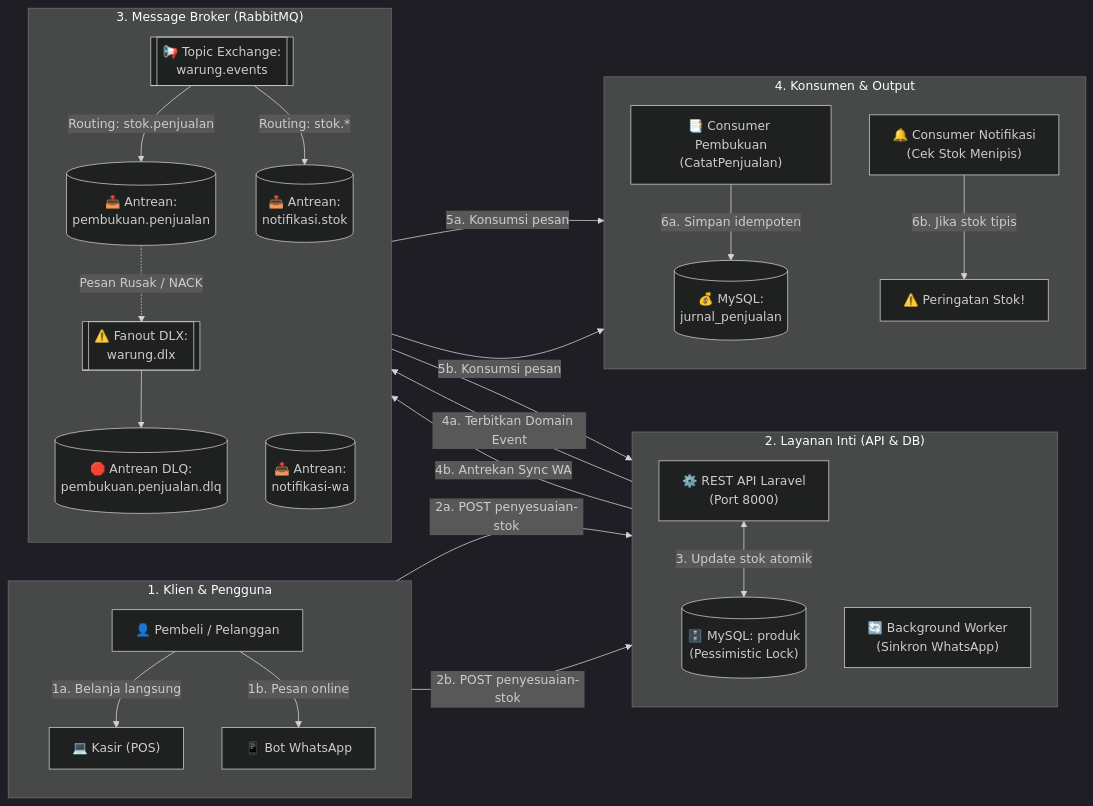
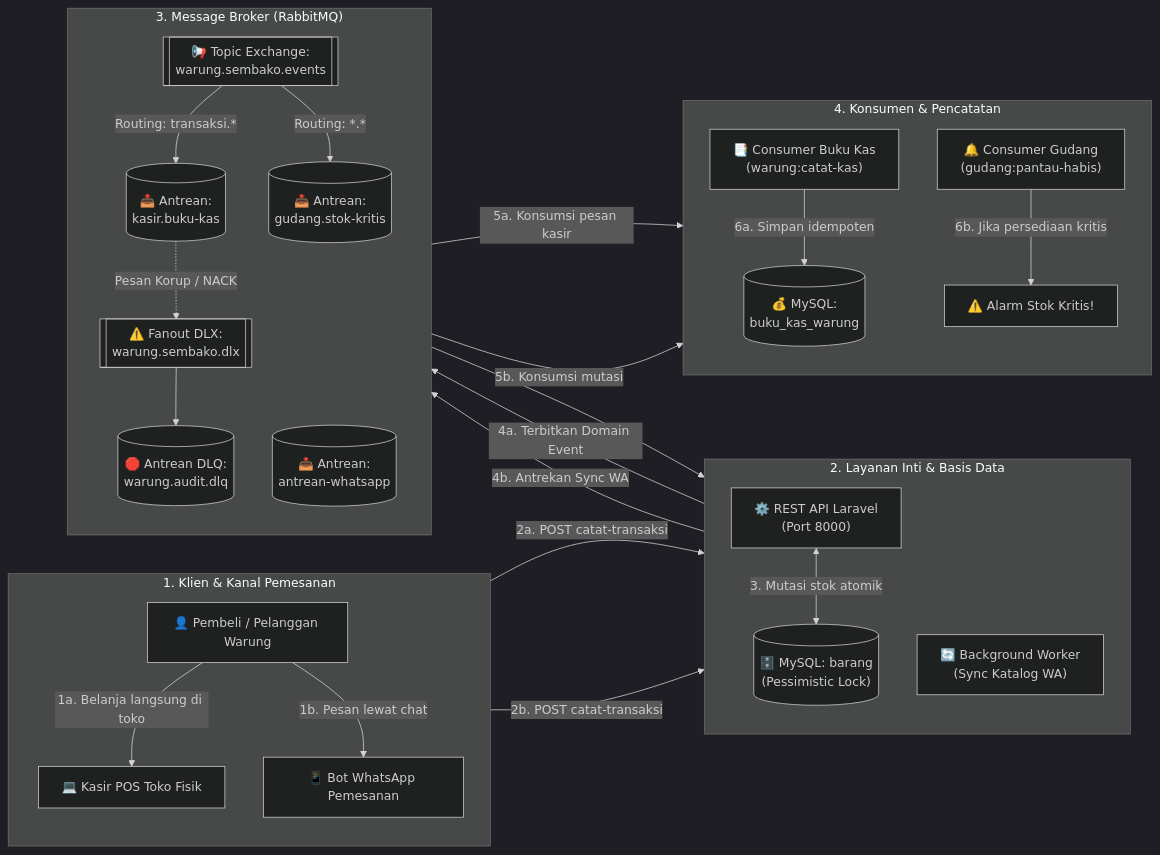
One commit to jackalwyssad/warung-ibu-beti changed the first of 3 diagrams in README.md. Above: the diagram before and after it, drawn with Mermaid (dark theme). The commit also changed other lines of this file and 40 other files, not shown here.

````diff
--- a/README.md
+++ b/README.md
@@ -36,59 +37,59 @@
 ```mermaid
 flowchart LR
     %% Definisi Kolom Subgraf Berurutan dari Kiri ke Kanan
-    subgraph S1 ["1. Klien & Pengguna"]
+    subgraph S1 ["1. Klien & Kanal Pemesanan"]
         direction TB
-        Pembeli["👤 Pembeli / Pelanggan"]
-        Kasir["💻 Kasir (POS)"]
-        BotWA["📱 Bot WhatsApp"]
+        Pembeli["👤 Pembeli / Pelanggan Warung"]
+        Kasir["💻 Kasir POS Toko Fisik"]
+        BotWA["📱 Bot WhatsApp Pemesanan"]
     end
 
-    subgraph S2 ["2. Layanan Inti (API & DB)"]
+    subgraph S2 ["2. Layanan Inti & Basis Data"]
         direction TB
         API["⚙️ REST API Laravel<br/>(Port 8000)"]
-        DB[("🗄️ MySQL: produk<br/>(Pessimistic Lock)")]
-        Worker["🔄 Background Worker<br/>(Sinkron WhatsApp)"]
+        DB[("🗄️ MySQL: barang<br/>(Pessimistic Lock)")]
+        Worker["🔄 Background Worker<br/>(Sync Katalog WA)"]
     end
 
     subgraph S3 ["3. Message Broker (RabbitMQ)"]
         direction TB
-        ExEvents[["📢 Topic Exchange:<br/>warung.events"]]
-        QPenjualan[("📥 Antrean:<br/>pembukuan.penjualan")]
-        QNotif[("📥 Antrean:<br/>notifikasi.stok")]
-        QWA[("📥 Antrean:<br/>notifikasi-wa")]
-        ExDLX[["⚠️ Fanout DLX:<br/>warung.dlx"]]
-        QDLQ[("🛑 Antrean DLQ:<br/>pembukuan.penjualan.dlq")]
+        ExEvents[["📢 Topic Exchange:<br/>warung.sembako.events"]]
+        QKas[("📥 Antrean:<br/>kasir.buku-kas")]
+        QGudang[("📥 Antrean:<br/>gudang.stok-kritis")]
+        QWA[("📥 Antrean:<br/>antrean-whatsapp")]
+        ExDLX[["⚠️ Fanout DLX:<br/>warung.sembako.dlx"]]
+        QDLQ[("🛑 Antrean DLQ:<br/>warung.audit.dlq")]
     end
 
-    subgraph S4 ["4. Konsumen & Output"]
+    subgraph S4 ["4. Konsumen & Pencatatan"]
         direction TB
-        ConsBuku["📑 Consumer Pembukuan<br/>(CatatPenjualan)"]
-        DBJurnal[("💰 MySQL:<br/>jurnal_penjualan")]
-        ConsNotif["🔔 Consumer Notifikasi<br/>(Cek Stok Menipis)"]
-        Alert["⚠️ Peringatan Stok!"]
+        ConsKas["📑 Consumer Buku Kas<br/>(warung:catat-kas)"]
+        DBKas[("💰 MySQL:<br/>buku_kas_warung")]
+        ConsGudang["🔔 Consumer Gudang<br/>(gudang:pantau-habis)"]
+        Alert["⚠️ Alarm Stok Kritis!"]
     end
 
     %% Hubungan Kolom 1 ke Kolom 2
-    Pembeli -->|1a. Belanja langsung| Kasir
-    Pembeli -->|1b. Pesan online| BotWA
-    Kasir -->|2a. POST penyesuaian-stok| API
-    BotWA -->|2b. POST penyesuaian-stok| API
-    API <-->|3. Update stok atomik| DB
+    Pembeli -->|1a. Belanja langsung di toko| Kasir
+    Pembeli -->|1b. Pesan lewat chat| BotWA
+    Kasir -->|2a. POST catat-transaksi| API
+    BotWA -->|2b. POST catat-transaksi| API
+    API <-->|3. Mutasi stok atomik| DB
 
     %% Hubungan Kolom 2 ke Kolom 3
     API -->|4a. Terbitkan Domain Event| ExEvents
     API -->|4b. Antrekan Sync WA| QWA
     QWA --> Worker
 
     %% Routing di dalam Broker (Kolom 3)
-    ExEvents -->|Routing: stok.penjualan| QPenjualan
-    ExEvents -->|Routing: stok.*| QNotif
-    QPenjualan -.->|Pesan Rusak / NACK| ExDLX
+    ExEvents -->|Routing: transaksi.*| QKas
+    ExEvents -->|Routing: *.*| QGudang
+    QKas -.->|Pesan Korup / NACK| ExDLX
     ExDLX --> QDLQ
 
     %% Hubungan Kolom 3 ke Kolom 4
-    QPenjualan -->|5a. Konsumsi pesan| ConsBuku
-    ConsBuku -->|6a. Simpan idempoten| DBJurnal
-    QNotif -->|5b. Konsumsi pesan| ConsNotif
-    ConsNotif -->|6b. Jika stok tipis| Alert
+    QKas -->|5a. Konsumsi pesan kasir| ConsKas
+    ConsKas -->|6a. Simpan idempoten| DBKas
+    QGudang -->|5b. Konsumsi mutasi| ConsGudang
+    ConsGudang -->|6b. Jika persediaan kritis| Alert
 ```
````
